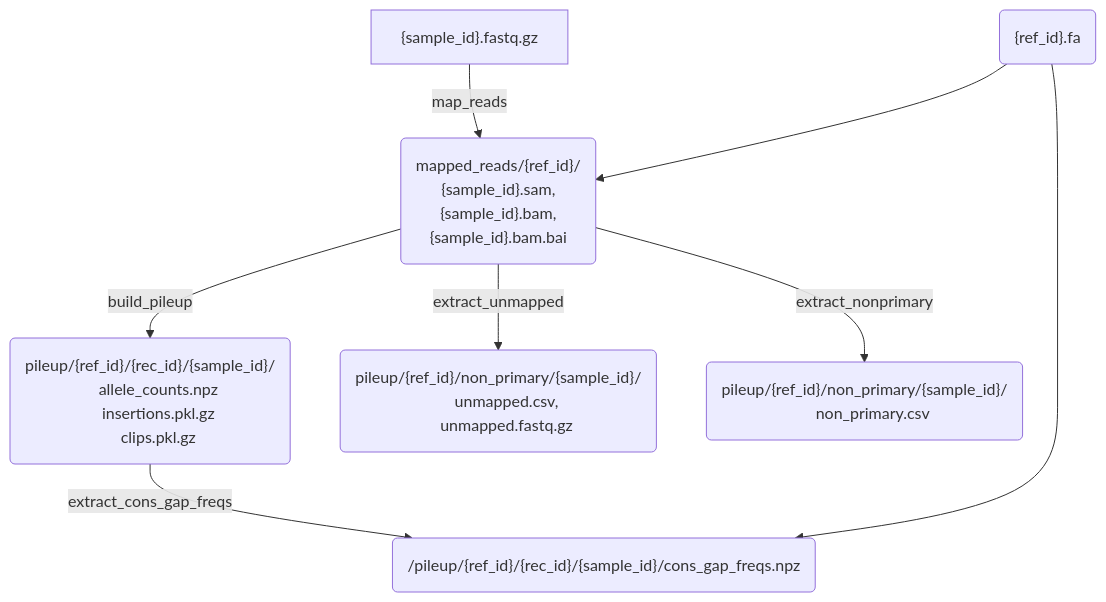
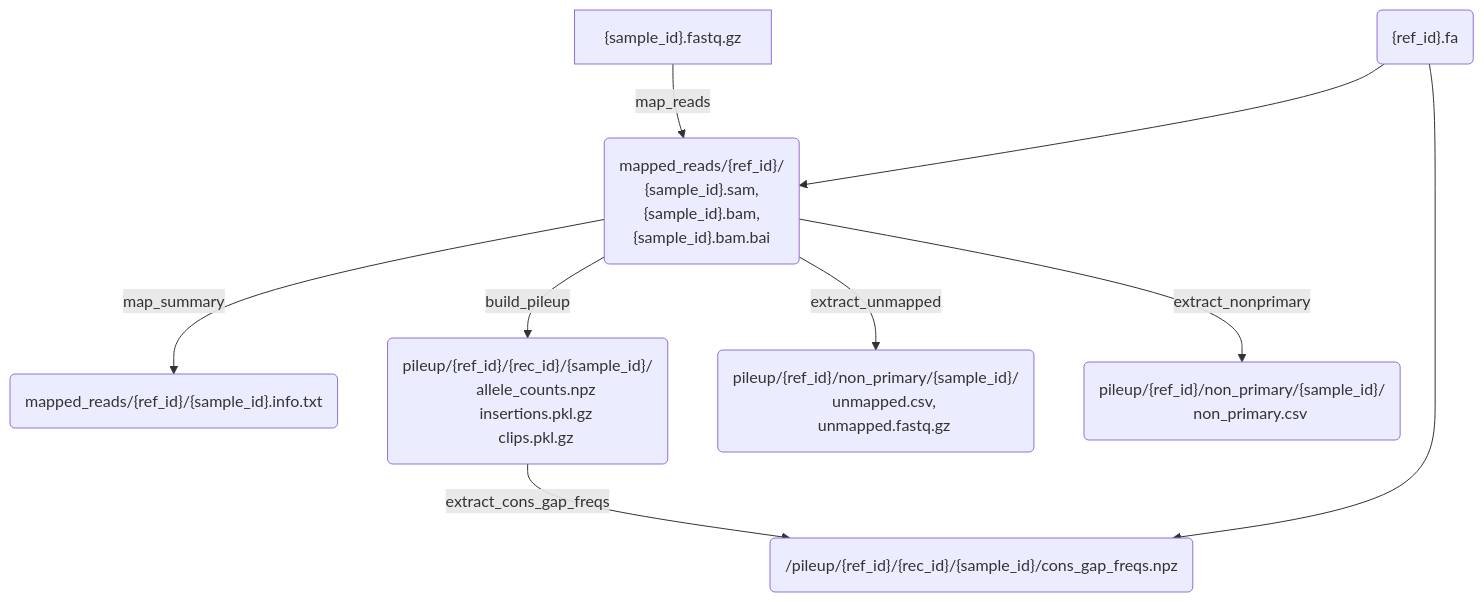
The second of 2 diagrams in notes/workflow_structure.md (mmolari/evo-genome-analysis), drawn with Mermaid before and after one commit. The commit also changed other lines of this file and 1 other file, not shown here.

Commit message:
chore: documentation

````diff
--- a/notes/workflow_structure.md
+++ b/notes/workflow_structure.md
@@ -86,27 +86,29 @@
 ```mermaid
 flowchart TD
 	Sample["{sample_id}.fastq.gz"]
 	Ref("{ref_id}.fa")
 	Map("mapped_reads/{ref_id}/
     {sample_id}.sam,
     {sample_id}.bam,
     {sample_id}.bam.bai")
+  Info("mapped_reads/{ref_id}/{sample_id}.info.txt")
   Pileup("pileup/{ref_id}/{rec_id}/{sample_id}/
     allele_counts.npz
     insertions.pkl.gz
     clips.pkl.gz")
   Unmap("pileup/{ref_id}/non_primary/{sample_id}/
     unmapped.csv,
     unmapped.fastq.gz")
   NonPrim("pileup/{ref_id}/non_primary/{sample_id}/
     non_primary.csv")
   Freqs("/pileup/{ref_id}/{rec_id}/{sample_id}/cons_gap_freqs.npz")
 
 	Sample --> |map_reads| Map
 	Ref --> Map
+  Map --> |map_summary| Info
   Map --> |build_pileup| Pileup
   Map --> |extract_unmapped| Unmap
   Map --> |extract_nonprimary| NonPrim
   Pileup --> |extract_cons_gap_freqs| Freqs
   Ref --> Freqs
 ```
````
